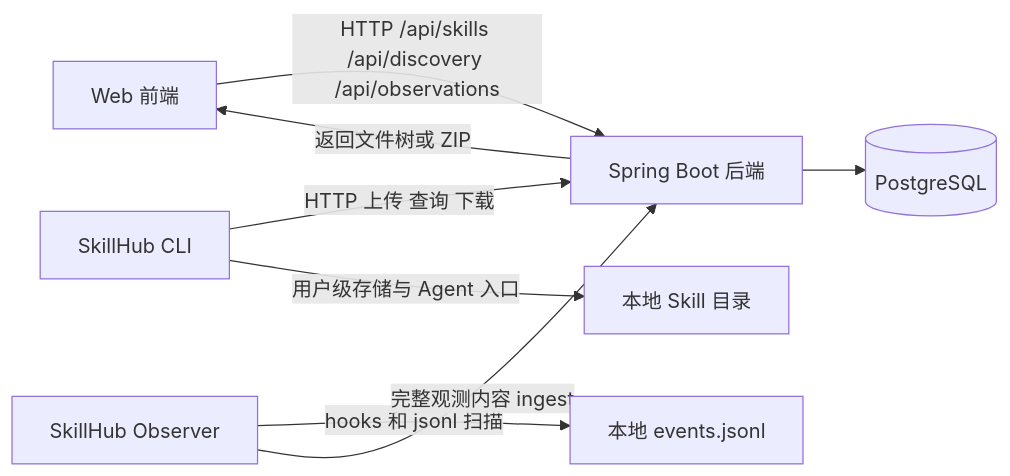
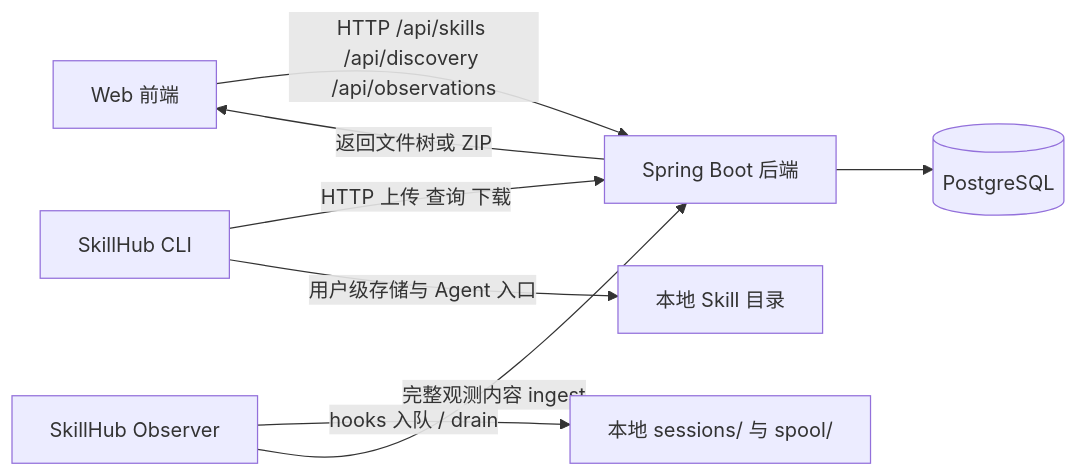
Before and after one commit to second196/skill-hub-simple: the diagram in README.md, drawn with Mermaid. The commit also changed other lines of this file and 911 other files, not shown here.

````diff
--- a/README.md
+++ b/README.md
@@ -398,10 +420,10 @@
 ```mermaid
 flowchart LR
   A[Web 前端] -->|HTTP /api/skills /api/discovery /api/observations| B[Spring Boot 后端]
   C[SkillHub CLI] -->|HTTP 上传 查询 下载| B
-  F[SkillHub Observer] -->|hooks 和 jsonl 扫描| G[本地 events.jsonl]
+  F[SkillHub Observer] -->|hooks 入队 / drain| G[本地 sessions/ 与 spool/]
   F -->|完整观测内容 ingest| B
   B --> D[(PostgreSQL)]
   C -->|用户级存储与 Agent 入口| E[本地 Skill 目录]
   B -->|返回文件树或 ZIP| A
 ```
````
